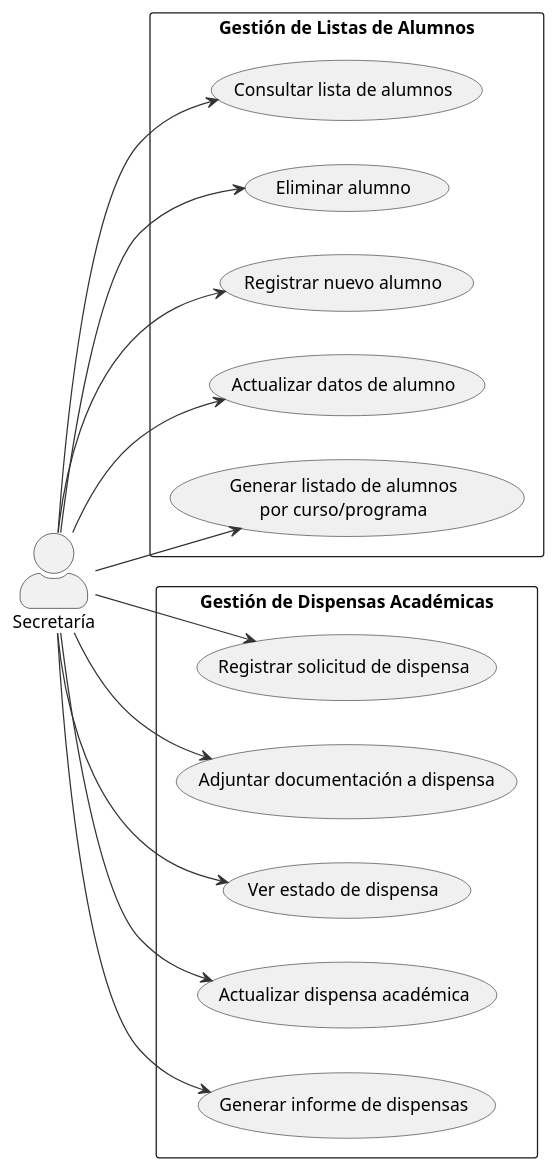
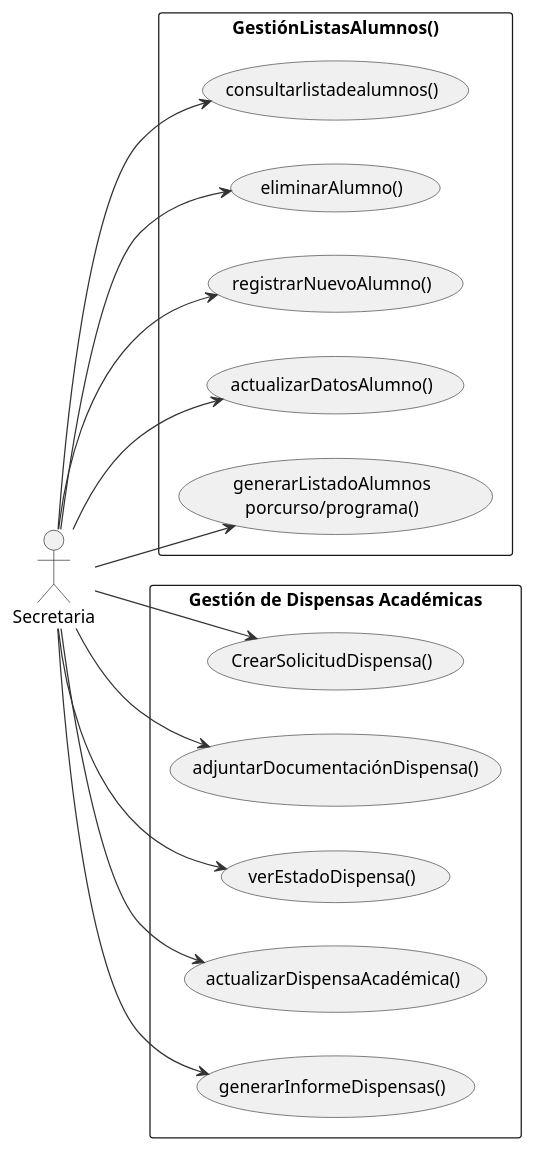
Before and after one commit to enmabry/25-26-IdSw1-SdR: the diagram in documents/CasosDeUso/CasoDeUso/Secretaria/DiagramaCompletoCasoDeUso.puml, drawn with PlantUML. The commit also changed 22 other files, not shown here.

Commit message:
Arreglos de Diagrama de Casos de Uso y tambien todo ellos Detallados

```diff
--- a/documents/CasosDeUso/CasoDeUso/Secretaria/DiagramaCompletoCasoDeUso.puml
+++ b/documents/CasosDeUso/CasoDeUso/Secretaria/DiagramaCompletoCasoDeUso.puml
@@ -1,43 +1,41 @@
 @startuml
 left to right direction
-skinparam actorStyle awesome
 skinparam packageStyle rectangle
 skinparam usecase {
   BackgroundColor #F0F0F0
   BorderColor #333
   ArrowColor #333
 }
 
-actor "Secretaría" as Secretaria
+actor Secretaria
 
-rectangle "Gestión de Listas de Alumnos" {
-  usecase "Consultar lista de alumnos" as CU01
-  usecase "Eliminar alumno" as CU02
-  usecase "Registrar nuevo alumno" as CU03
-  usecase "Actualizar datos de alumno" as CU04
-  usecase "Generar listado de alumnos\npor curso/programa" as CU05
+rectangle "GestiónListasAlumnos()" {
+  usecase "consultarlistadealumnos()" as CU01
+  usecase "eliminarAlumno()" as CU02
+  usecase "registrarNuevoAlumno()" as CU03
+  usecase "actualizarDatosAlumno()" as CU04
+  usecase "generarListadoAlumnos\nporcurso/programa()" as CU05
 }
 
 
 rectangle "Gestión de Dispensas Académicas" {
-  usecase "Registrar solicitud de dispensa" as CU11
-  usecase "Adjuntar documentación a dispensa" as CU12
-  usecase "Ver estado de dispensa" as CU13
-  usecase "Actualizar dispensa académica" as CU14
-  usecase "Generar informe de dispensas" as CU15
+  usecase "CrearSolicitudDispensa()" as CU11
+  usecase "adjuntarDocumentaciónDispensa()" as CU12
+  usecase "verEstadoDispensa()" as CU13
+  usecase "actualizarDispensaAcadémica()" as CU14
+  usecase "generarInformeDispensas()" as CU15
 }
 
-' Relaciones del Actor con los CU
 Secretaria --> CU01
 Secretaria --> CU02
 Secretaria --> CU03
 Secretaria --> CU04
 Secretaria --> CU05
 
 Secretaria --> CU11
 Secretaria --> CU12
 Secretaria --> CU13
 Secretaria --> CU14
 Secretaria --> CU15
 
 @enduml
```
